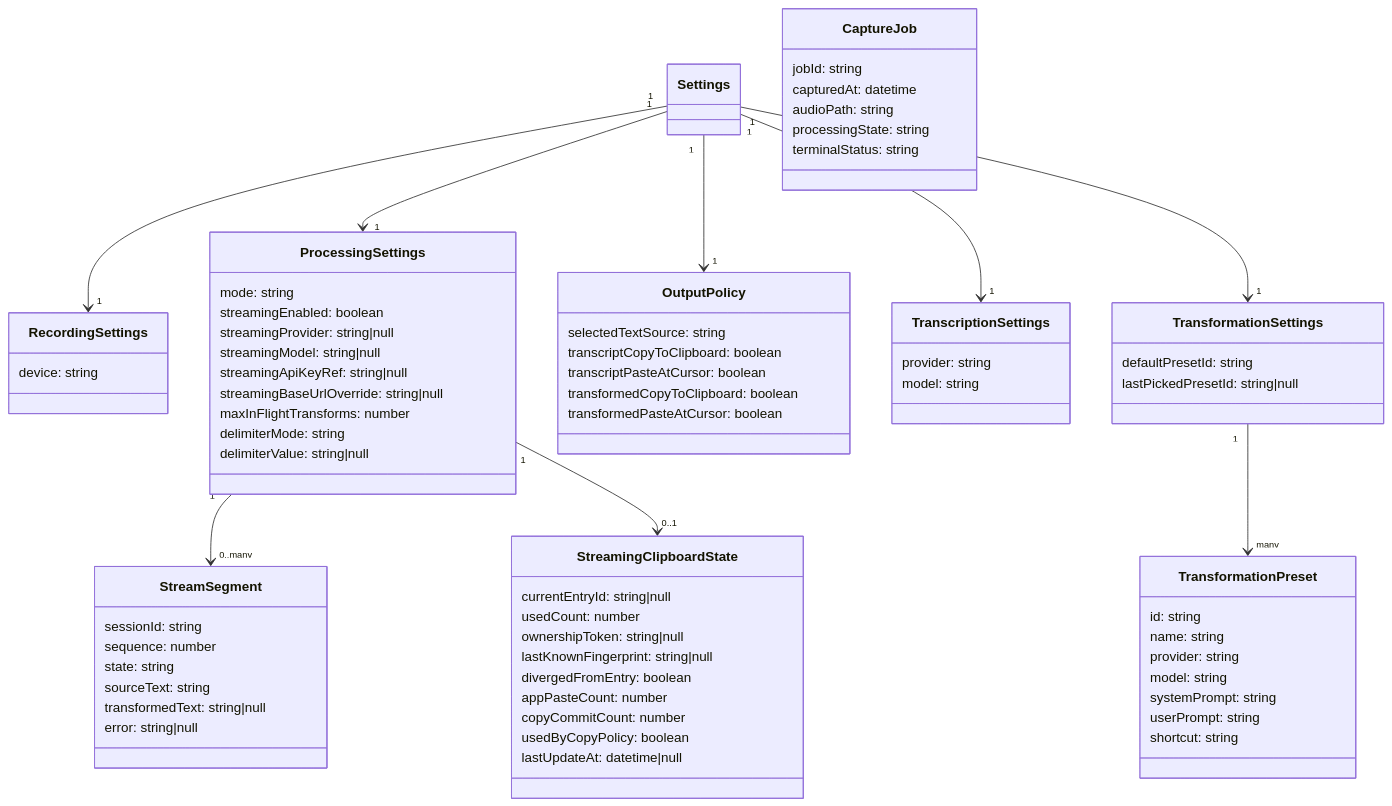
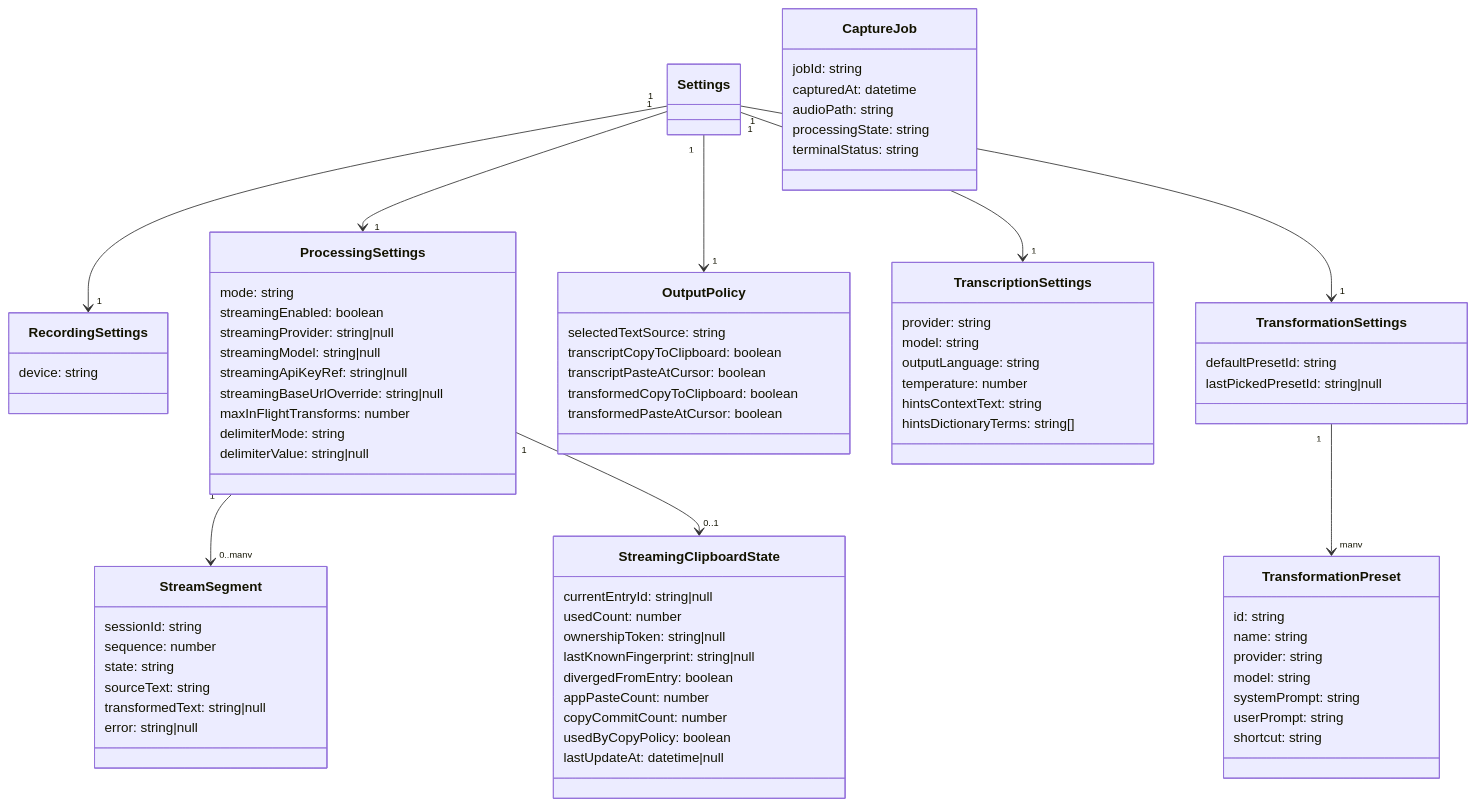
Before and after one commit to massun-onibakuchi/speech-to-text-app: the second of 8 diagrams in specs/spec.md, drawn with Mermaid. The commit also changed other lines of this file and 6 other files, not shown here.

```diff
--- a/specs/spec.md
+++ b/specs/spec.md
@@ -455,6 +463,10 @@
   class TranscriptionSettings {
     provider: string
     model: string
+    outputLanguage: string
+    temperature: number
+    hintsContextText: string
+    hintsDictionaryTerms: string[]
   }
 
   class TransformationSettings {
```
